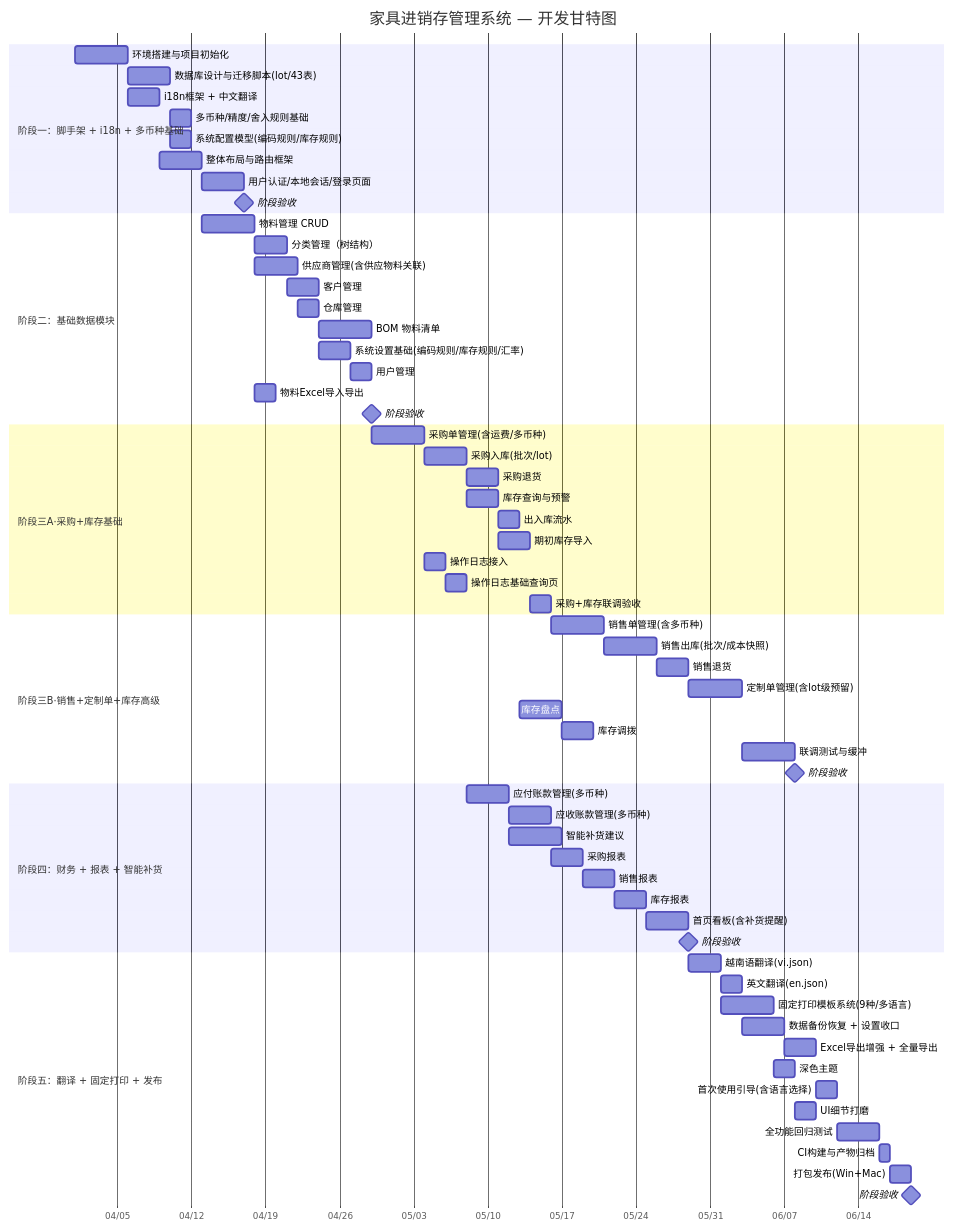
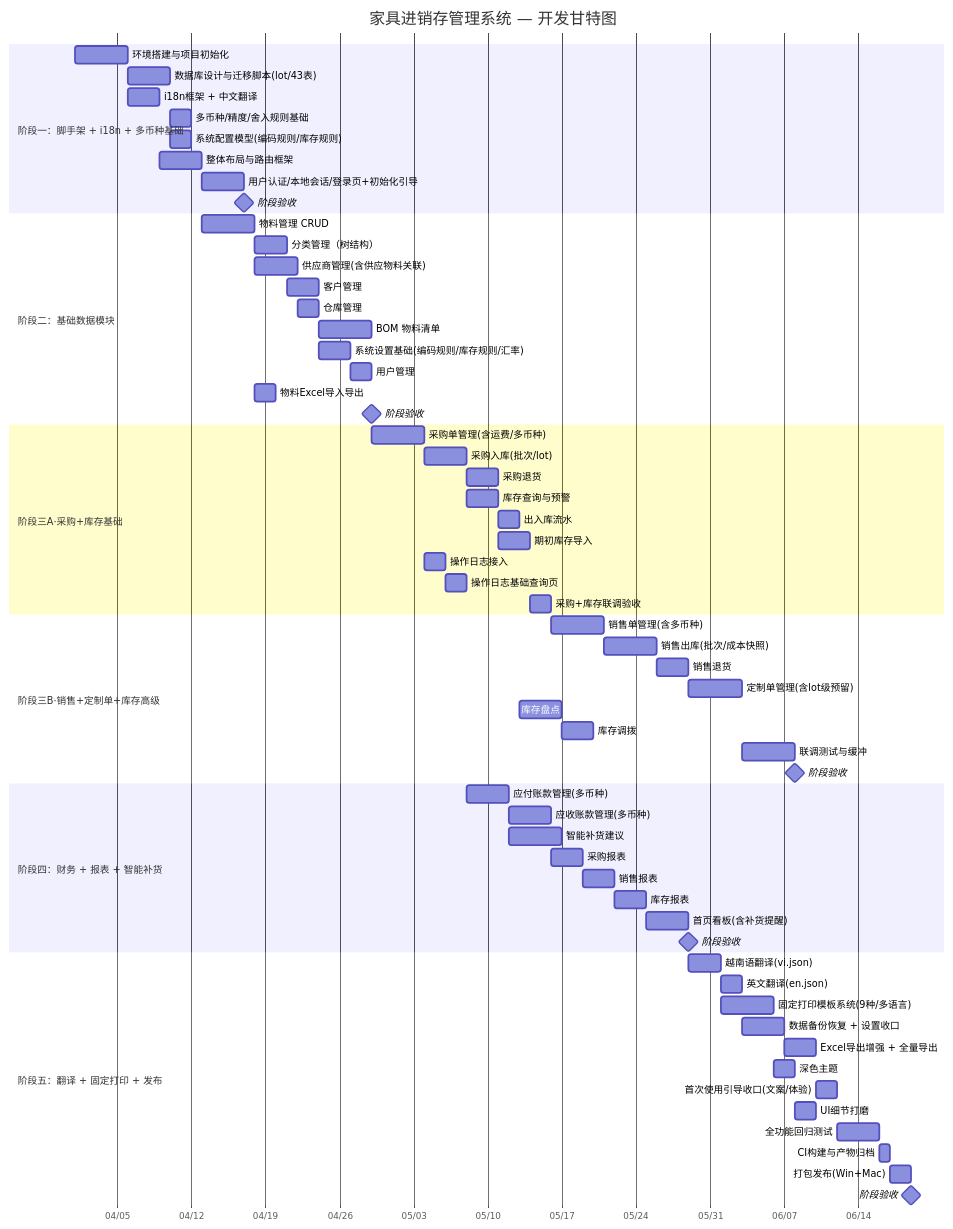
The diagram in docs/04-development-plan.md (kurisu994/CloudPivot), drawn with Mermaid before and after one commit. The commit also changed other lines of this file and 3 other files, not shown here.

````diff
--- a/docs/04-development-plan.md
+++ b/docs/04-development-plan.md
@@ -25,73 +25,73 @@
 ```mermaid
 gantt
     title 家具进销存管理系统 — 开发甘特图
     dateFormat  YYYY-MM-DD
     axisFormat  %m/%d
 
     section 阶段一：脚手架 + i18n + 多币种基础
     环境搭建与项目初始化         :a1, 2026-04-01, 5d
     数据库设计与迁移脚本(lot/43表) :a2, after a1, 4d
     i18n框架 + 中文翻译         :a3, after a1, 3d
     多币种/精度/舍入规则基础      :a4, after a2, 2d
     系统配置模型(编码规则/库存规则) :a5, after a2, 2d
     整体布局与路由框架           :a6, after a3, 4d
-    用户认证/本地会话/登录页面      :a7, after a6, 4d
+    用户认证/本地会话/登录页+初始化引导 :a7, after a6, 4d
     阶段验收                     :milestone, after a7, 0d
 
     section 阶段二：基础数据模块
     物料管理 CRUD                :b1, after a6, 5d
     分类管理（树结构）           :b2, after b1, 3d
     供应商管理(含供应物料关联)    :b3, after b1, 4d
     客户管理                     :b4, after b2, 3d
     仓库管理                     :b5, after b3, 2d
     BOM 物料清单                 :b6, after b4, 5d
     系统设置基础(编码规则/库存规则/汇率) :b7, after b5, 3d
     用户管理                     :b8, after b7, 2d
     物料Excel导入导出            :b9, after b1, 2d
     阶段验收                     :milestone, after b8, 0d
 
     section 阶段三A·采购+库存基础
     采购单管理(含运费/多币种)     :c1, after b6, 5d
     采购入库(批次/lot)            :c2, after c1, 4d
     采购退货                     :c3, after c2, 3d
     库存查询与预警               :c7, after c2, 3d
     出入库流水                   :c8, after c7, 2d
     期初库存导入                 :c9, after c7, 3d
     操作日志接入                 :c10, after c1, 2d
     操作日志基础查询页           :c10a, after c10, 2d
     采购+库存联调验收            :c_m, after c9, 2d
 
     section 阶段三B·销售+定制单+库存高级
     销售单管理(含多币种)         :c4, after c_m, 5d
     销售出库(批次/成本快照)        :c5, after c4, 5d
     销售退货                     :c6, after c5, 3d
     定制单管理(含lot级预留)      :c13, after c6, 5d
     库存盘点                     :c11, after c8, 4d
     库存调拨                     :c12, after c11, 3d
     联调测试与缓冲               :c14, after c13, 5d
     阶段验收                     :milestone, after c14, 0d
 
     section 阶段四：财务 + 报表 + 智能补货
     应付账款管理(多币种)         :d1, after c2, 4d
     应收账款管理(多币种)         :d2, after d1, 4d
     智能补货建议                 :d3, after d1, 5d
     采购报表                     :d4, after d2, 3d
     销售报表                     :d5, after d4, 3d
     库存报表                     :d6, after d5, 3d
     首页看板(含补货提醒)         :d7, after d6, 4d
     阶段验收                     :milestone, after d7, 0d
 
     section 阶段五：翻译 + 固定打印 + 发布
     越南语翻译(vi.json)          :e1, after d7, 3d
     英文翻译(en.json)            :e2, after e1, 2d
     固定打印模板系统(9种/多语言)  :e3, after e1, 5d
     数据备份恢复 + 设置收口       :e4, after e2, 4d
     Excel导出增强 + 全量导出      :e5, after e4, 3d
     深色主题                     :e6, after e3, 2d
-    首次使用引导(含语言选择)      :e7, after e5, 2d
+    首次使用引导收口(文案/体验)     :e7, after e5, 2d
     UI细节打磨                   :e8, after e6, 2d
     全功能回归测试               :e9, after e7, 4d
     CI构建与产物归档             :e10, after e9, 1d
     打包发布(Win+Mac)            :e11, after e10, 2d
     阶段验收                     :milestone, after e11, 0d
 ```
````
